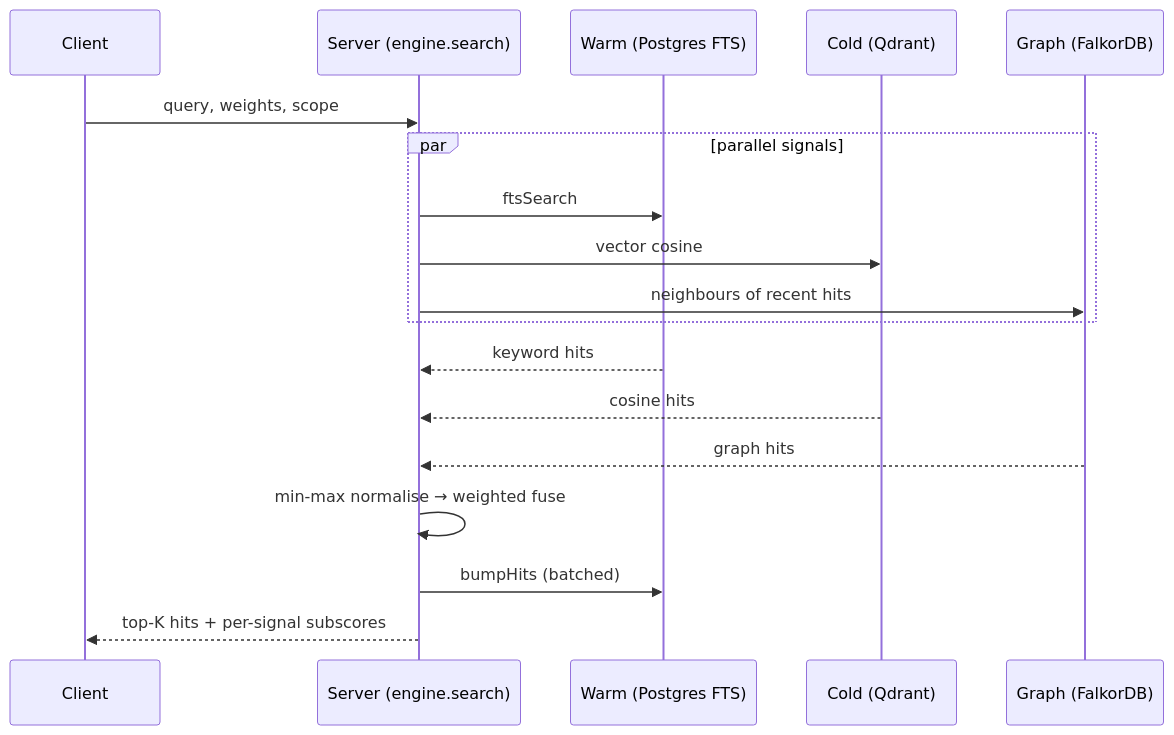
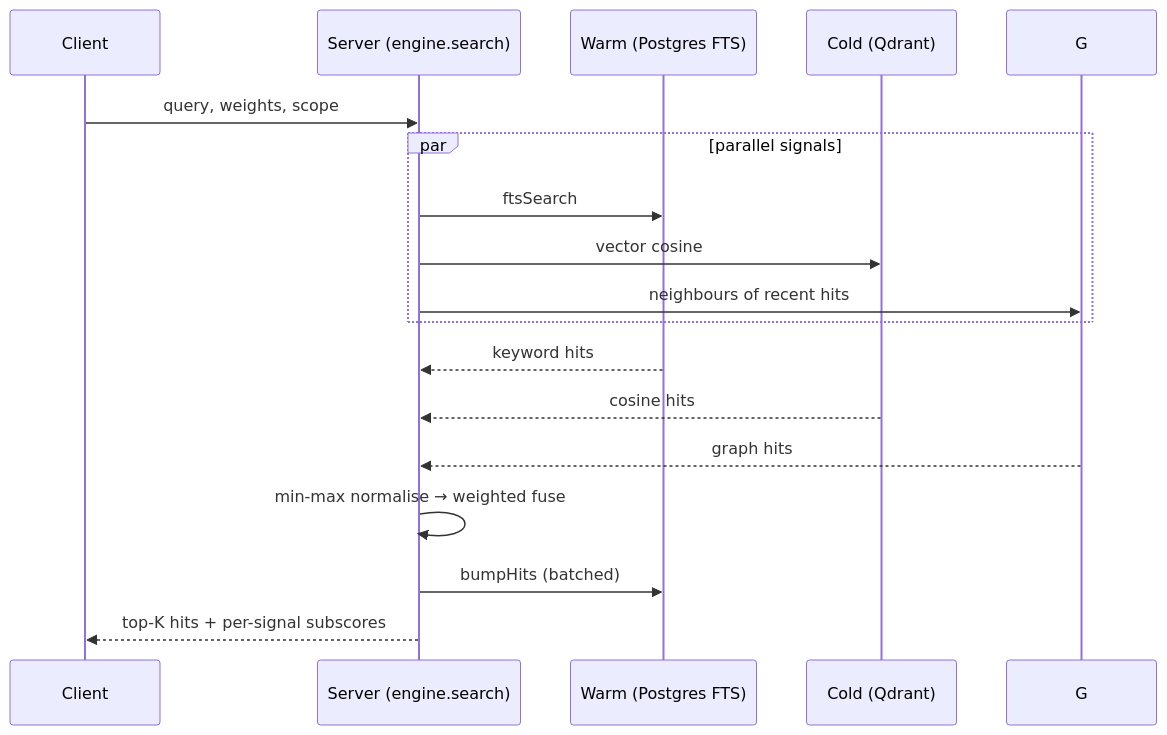
The second of 4 diagrams in docs/architecture.md (azrtydxb/novamem), drawn with Mermaid before and after one commit. The commit also changed other lines of this file and 50 other files, not shown here.

````diff
--- a/docs/architecture.md
+++ b/docs/architecture.md
@@ -40,20 +39,19 @@
 ```mermaid
 sequenceDiagram
     participant C as Client
     participant S as Server (engine.search)
     participant W as Warm (Postgres FTS)
     participant K as Cold (Qdrant)
-    participant G as Graph (FalkorDB)
     C->>S: query, weights, scope
     par parallel signals
         S->>W: ftsSearch
         S->>K: vector cosine
         S->>G: neighbours of recent hits
     end
     W-->>S: keyword hits
     K-->>S: cosine hits
     G-->>S: graph hits
     S->>S: min-max normalise → weighted fuse
     S->>W: bumpHits (batched)
     S-->>C: top-K hits + per-signal subscores
 ```
````
